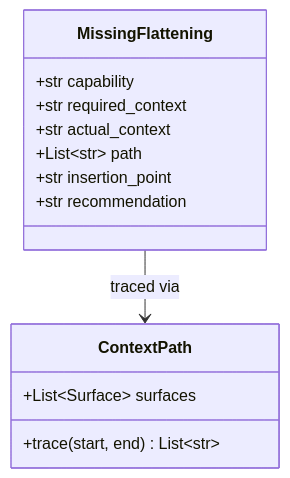
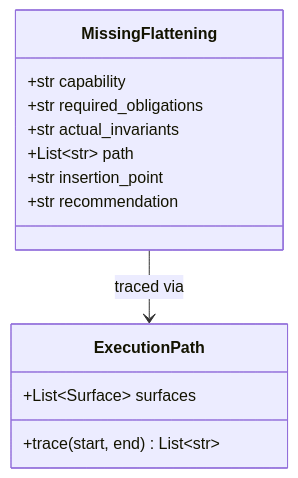
Before and after one commit to nestharus/ai-workflow: the fourth of 19 diagrams in .tasks/plans/algorithm enhancer/feedback.md, drawn with Mermaid. The commit also changed other lines of this file and 14 other files, not shown here.

````diff
--- a/.tasks/plans/algorithm enhancer/feedback.md
+++ b/.tasks/plans/algorithm enhancer/feedback.md
@@ -146,18 +151,18 @@
 ```mermaid
 classDiagram
     class MissingFlattening {
         +str capability
-        +str required_context
-        +str actual_context
+        +str required_obligations
+        +str actual_invariants
         +List~str~ path
         +str insertion_point
         +str recommendation
     }
 
-    class ContextPath {
+    class ExecutionPath {
         +List~Surface~ surfaces
         +trace(start, end) List~str~
     }
 
-    MissingFlattening --> ContextPath : traced via
+    MissingFlattening --> ExecutionPath : traced via
 ```
````
